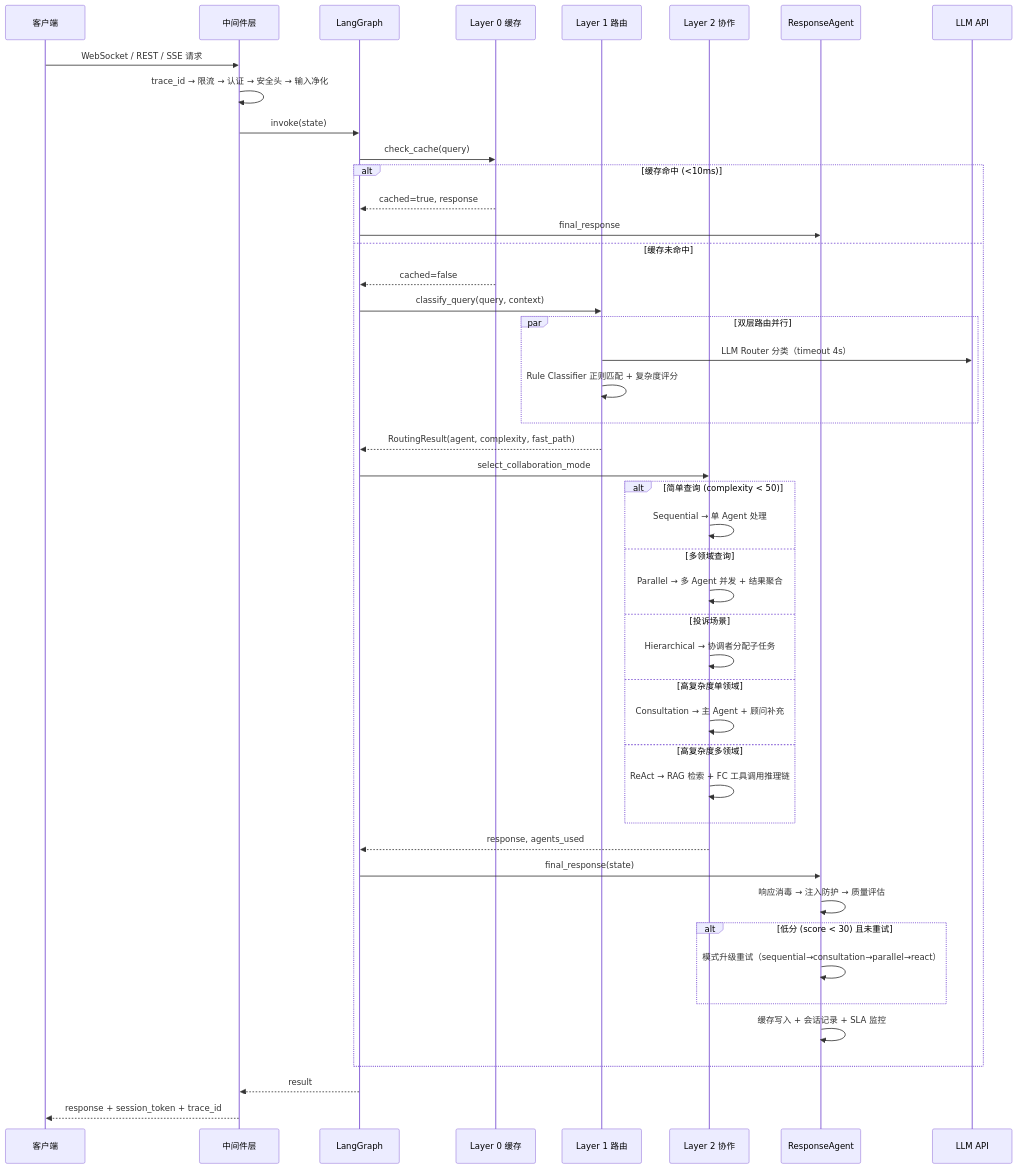
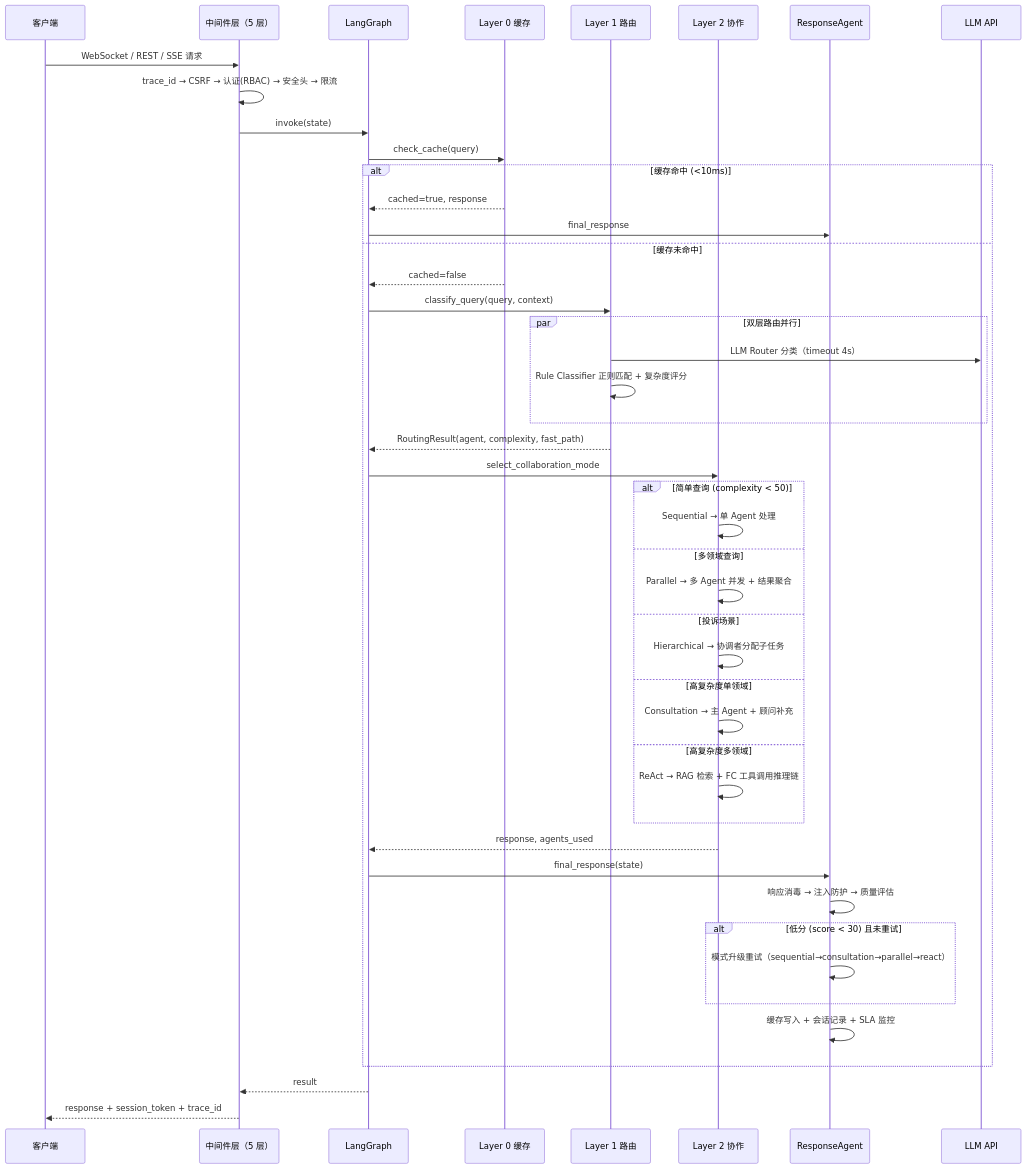
One commit to Xander-Xai/Customer-Service-AI-Agent changed the second of 3 diagrams in README.md. Above: the diagram before and after it, drawn with Mermaid. The commit also changed other lines of this file and 516 other files, not shown here.

````diff
--- a/README.md
+++ b/README.md
@@ -160,53 +180,53 @@
 ```mermaid
 sequenceDiagram
     participant C as 客户端
-    participant MW as 中间件层
+    participant MW as 中间件层（5 层）
     participant G as LangGraph
     participant L0 as Layer 0 缓存
     participant L1 as Layer 1 路由
     participant L2 as Layer 2 协作
     participant RA as ResponseAgent
     participant LLM as LLM API
 
     C->>MW: WebSocket / REST / SSE 请求
-    MW->>MW: trace_id → 限流 → 认证 → 安全头 → 输入净化
+    MW->>MW: trace_id → CSRF → 认证(RBAC) → 安全头 → 限流
     MW->>G: invoke(state)
 
     G->>L0: check_cache(query)
     alt 缓存命中 (<10ms)
         L0-->>G: cached=true, response
         G->>RA: final_response
     else 缓存未命中
         L0-->>G: cached=false
         G->>L1: classify_query(query, context)
         par 双层路由并行
             L1->>LLM: LLM Router 分类（timeout 4s）
             L1->>L1: Rule Classifier 正则匹配 + 复杂度评分
         end
         L1-->>G: RoutingResult(agent, complexity, fast_path)
 
         G->>L2: select_collaboration_mode
         alt 简单查询 (complexity < 50)
             L2->>L2: Sequential → 单 Agent 处理
         else 多领域查询
             L2->>L2: Parallel → 多 Agent 并发 + 结果聚合
         else 投诉场景
             L2->>L2: Hierarchical → 协调者分配子任务
         else 高复杂度单领域
             L2->>L2: Consultation → 主 Agent + 顾问补充
         else 高复杂度多领域
             L2->>L2: ReAct → RAG 检索 + FC 工具调用推理链
         end
         L2-->>G: response, agents_used
 
         G->>RA: final_response(state)
         RA->>RA: 响应消毒 → 注入防护 → 质量评估
         alt 低分 (score < 30) 且未重试
             RA->>RA: 模式升级重试（sequential→consultation→parallel→react）
         end
         RA->>RA: 缓存写入 + 会话记录 + SLA 监控
     end
 
     G-->>MW: result
     MW-->>C: response + session_token + trace_id
 ```
````
